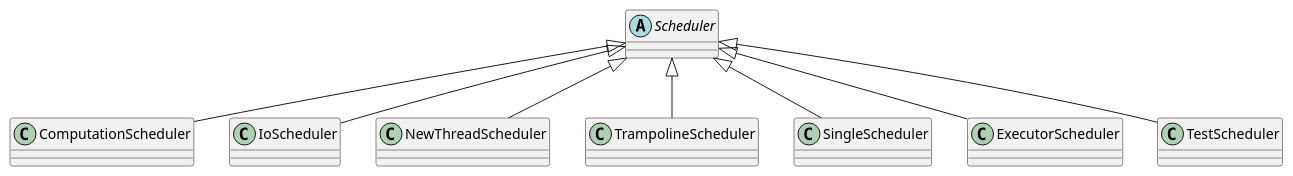
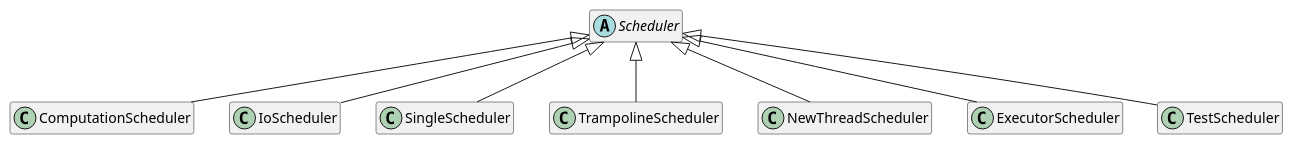
Before and after one commit to suribada/RxJavaBook: the diagram in doc/chap6/Scheduler.puml, drawn with PlantUML. The commit also changed 8 other files, not shown here.

Commit message:
Scheduler class diagram

```diff
--- a/doc/chap6/Scheduler.puml
+++ b/doc/chap6/Scheduler.puml
@@ -1,13 +1,14 @@
 @startuml
 
 abstract class Scheduler
 
 Scheduler <|-- ComputationScheduler
 Scheduler <|-- IoScheduler
+Scheduler <|-- SingleScheduler
+Scheduler <|-- TrampolineScheduler
 Scheduler <|-- NewThreadScheduler
-Scheduler <|-- TrampolineScheduler
-Scheduler <|-- SingleScheduler
 Scheduler <|-- ExecutorScheduler
 Scheduler <|-- TestScheduler
 
+hide members
 @enduml
```
